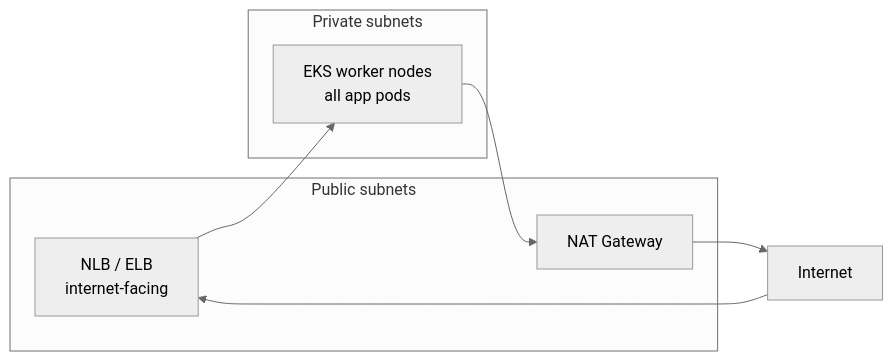
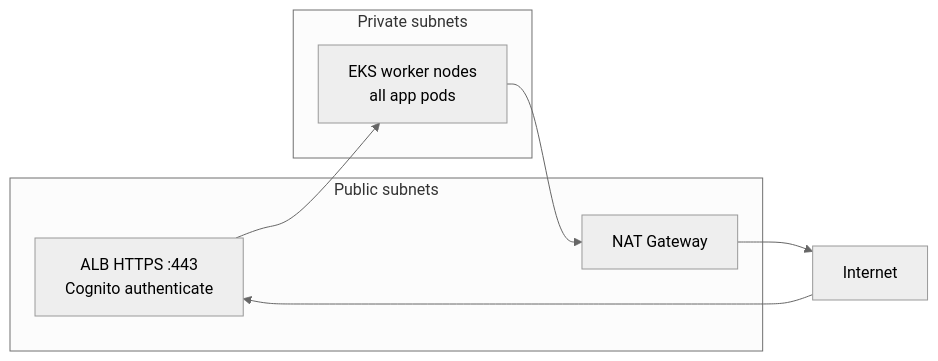
Before and after one commit to emguru/langrag: the fifth of 7 diagrams in docs/ARCHITECTURE_DIAGRAM.md, drawn with Mermaid (neutral theme). The commit also changed other lines of this file and 45 other files, not shown here.

````diff
--- a/docs/ARCHITECTURE_DIAGRAM.md
+++ b/docs/ARCHITECTURE_DIAGRAM.md
@@ -162,16 +215,16 @@
 ```mermaid
 flowchart LR
   subgraph public["Public subnets"]
-    NLB2["NLB / ELB<br/>internet-facing"]
+    ALB2["ALB HTTPS :443<br/>Cognito authenticate"]
     NAT2["NAT Gateway"]
   end
 
   subgraph private["Private subnets"]
     EKS2["EKS worker nodes<br/>all app pods"]
   end
 
-  Internet["Internet"] --> NLB2
-  NLB2 --> EKS2
+  Internet["Internet"] --> ALB2
+  ALB2 --> EKS2
   EKS2 --> NAT2
   NAT2 --> Internet
 ```
````
